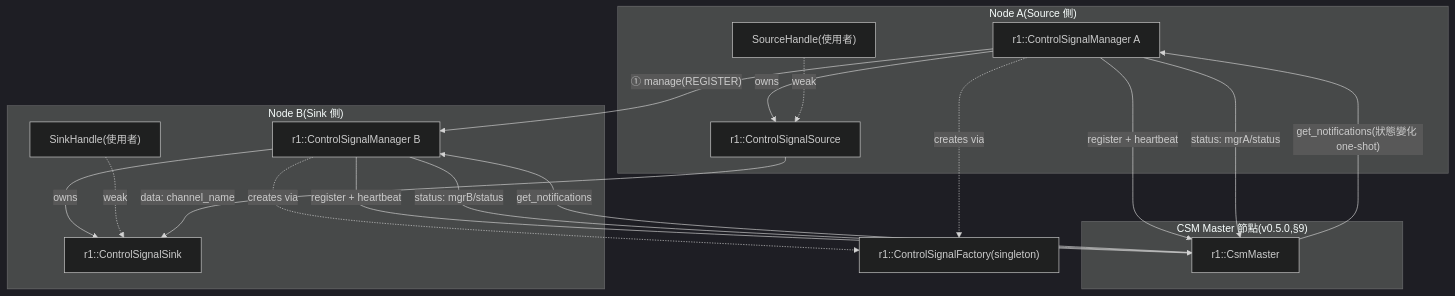
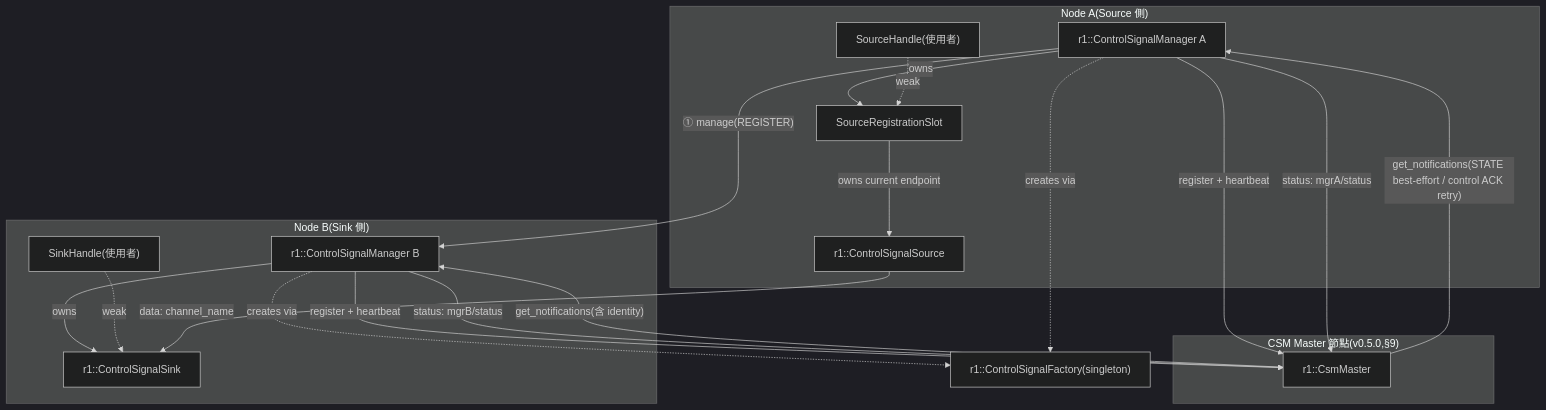
Before and after one commit to cocobird231/rv2_project: the first of 43 diagrams in r1_design_draft.md, drawn with Mermaid (dark theme). The commit also changed other lines of this file and 1 other file, not shown here.

````diff
--- a/r1_design_draft.md
+++ b/r1_design_draft.md
@@ -206,31 +243,33 @@
 ```mermaid
 graph TB
     subgraph NodeA["Node A(Source 側)"]
         MA["r1::ControlSignalManager A"]
+        SLOT["SourceRegistrationSlot"]
         SRC["r1::ControlSignalSource"]
         HA["SourceHandle(使用者)"]
-        MA -->|owns| SRC
-        HA -.weak.-> SRC
+        MA -->|owns| SLOT
+        SLOT -->|owns current endpoint| SRC
+        HA -.weak.-> SLOT
     end
     subgraph NodeB["Node B(Sink 側)"]
         MB["r1::ControlSignalManager B"]
         SNK["r1::ControlSignalSink"]
         HB["SinkHandle(使用者)"]
         MB -->|owns| SNK
         HB -.weak.-> SNK
     end
     MA -->|"① manage(REGISTER)"| MB
     SRC -->|"data: channel_name"| SNK
     subgraph Master["CSM Master 節點(v0.5.0,§9)"]
         CM["r1::CsmMaster"]
     end
     MA -->|"register + heartbeat"| CM
     MB -->|"register + heartbeat"| CM
     MA -->|"status: mgrA/status"| CM
     MB -->|"status: mgrB/status"| CM
-    CM -->|"get_notifications(狀態變化 one-shot)"| MA
-    CM -->|"get_notifications"| MB
+    CM -->|"get_notifications(STATE best-effort / control ACK retry)"| MA
+    CM -->|"get_notifications(含 identity)"| MB
     F["r1::ControlSignalFactory(singleton)"]
     MA -.creates via.-> F
     MB -.creates via.-> F
 ```
````
